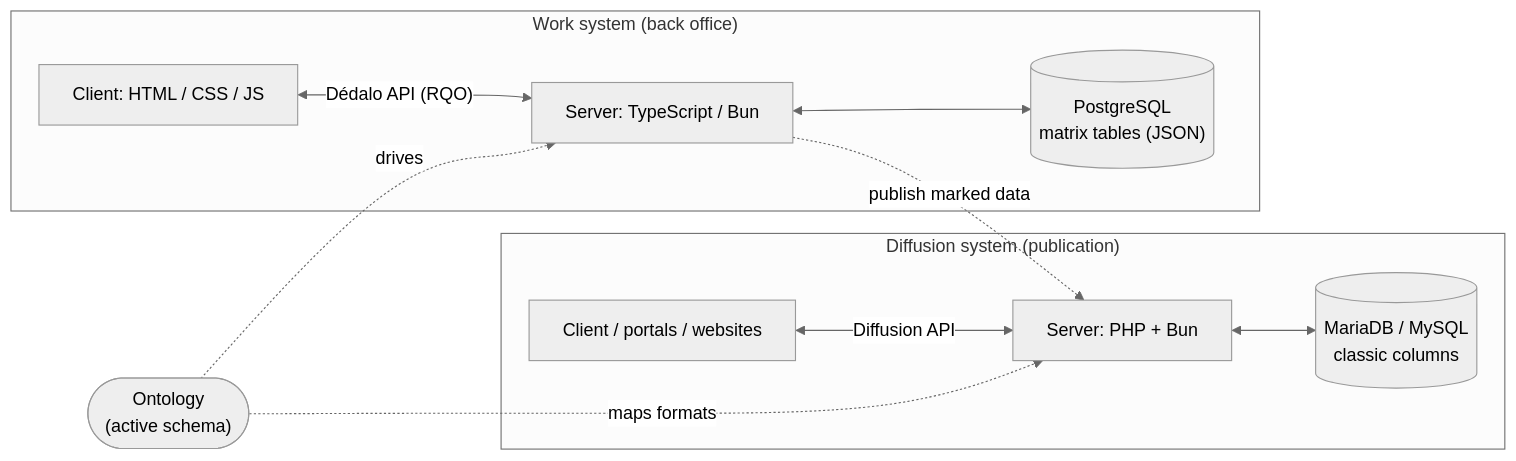
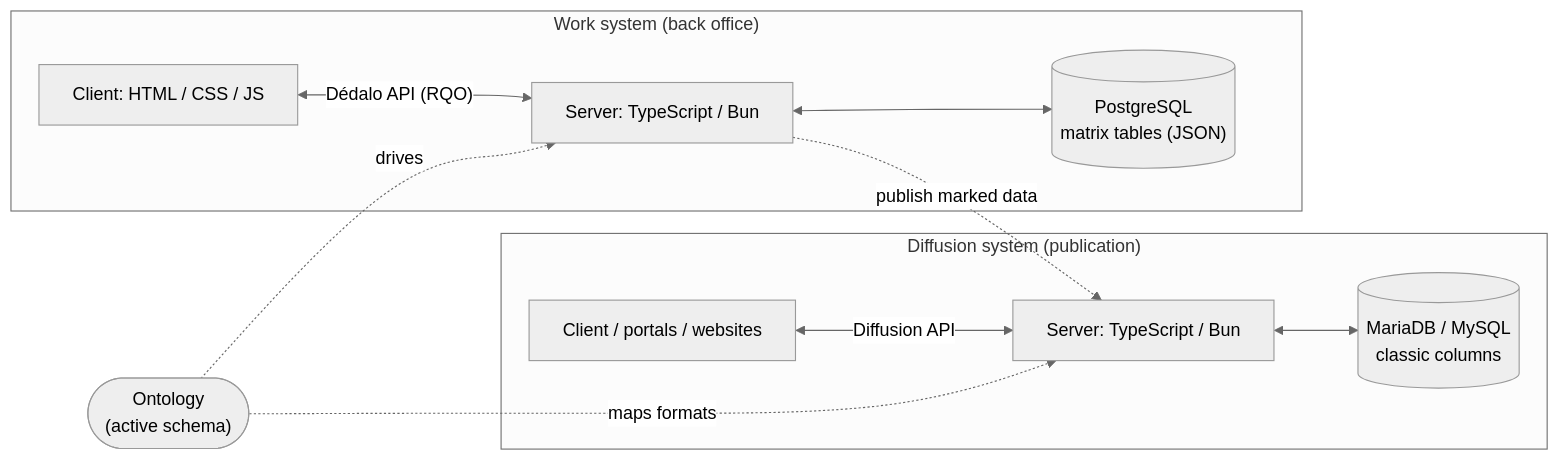
One commit to renderpci/dedalo changed the first of 6 diagrams in docs/core/architecture_overview.md. Above: the diagram before and after it, drawn with Mermaid (neutral theme). The commit also changed other lines of this file and 11 other files, not shown here.

First line of the commit message:
docs: update architecture overview to reflect TypeScript/Bun server implementation and clarify documentation structure

````diff
--- a/docs/core/architecture_overview.md
+++ b/docs/core/architecture_overview.md
@@ -45,21 +46,21 @@
 ```mermaid
 flowchart LR
     subgraph work["Work system (back office)"]
         WC["Client: HTML / CSS / JS"]
         WS["Server: TypeScript / Bun"]
         PG[("PostgreSQL<br/>matrix tables (JSON)")]
         WC <-->|"Dédalo API (RQO)"| WS
         WS <--> PG
     end
     subgraph diff["Diffusion system (publication)"]
         DC["Client / portals / websites"]
-        DS["Server: PHP + Bun"]
+        DS["Server: TypeScript / Bun"]
         SQL[("MariaDB / MySQL<br/>classic columns")]
         DC <-->|"Diffusion API"| DS
         DS <--> SQL
     end
     WS -.->|"publish marked data"| DS
     ONT(["Ontology<br/>(active schema)"])
     ONT -.->|drives| WS
     ONT -.->|maps formats| DS
 ```
````
